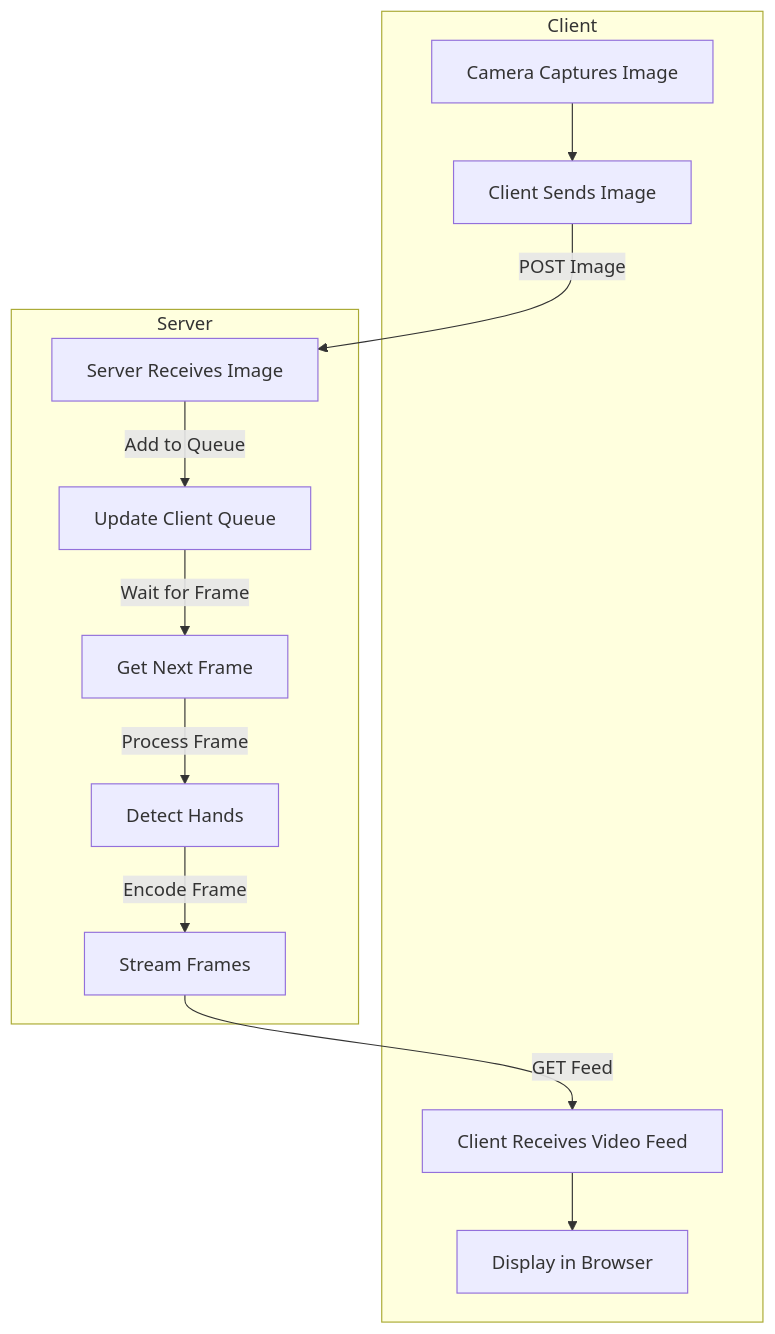
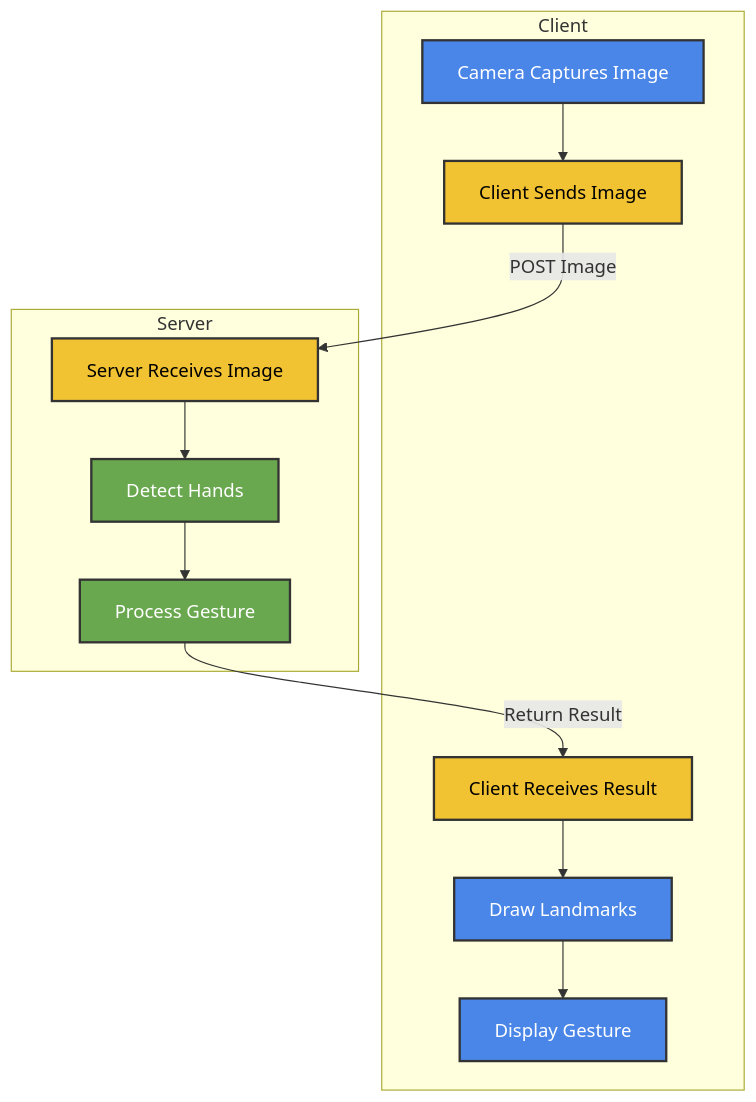
Before and after one commit to Gohei/hand-gesture-detection: the diagram in README.md, drawn with Mermaid. The commit also changed other lines of this file and 6 other files, not shown here.

First line of the commit message:
Refactor: Simplify hand gesture detection architecture

````diff
--- a/README.md
+++ b/README.md
@@ -8,22 +17,39 @@
 ```mermaid
 graph TD
     subgraph Client
-        C[Camera Captures Image] --> A[Client Sends Image]
-        G[Client Receives Video Feed] --> H[Display in Browser]
+        A[Camera Captures Image] --> B[Client Sends Image]
+        F[Client Receives Result] --> G[Draw Landmarks]
+        G --> H[Display Gesture]
     end
 
     subgraph Server
-        B[Server Receives Image]
-        C1[Update Client Queue]
-        D[Get Next Frame]
-        E[Detect Hands]
-        F[Stream Frames]
+        C[Server Receives Image]
+        D[Detect Hands]
+        E[Process Gesture]
     end
 
-    A -->|POST Image| B
-    B -->|Add to Queue| C1
-    C1 -->|Wait for Frame| D
-    D -->|Process Frame| E
-    E -->|Encode Frame| F
-    F -->|GET Feed| G
+    B -->|POST Image| C
+    C --> D
+    D --> E
+    E -->|Return Result| F
+
+    %% Color Scheme:
+    %% Blue (#4a86e8): Client-side operations
+    %% Green (#6aa84f): Server-side operations
+    %% Yellow (#f1c232): Data transfer between client and server
+
+    style A fill:#4a86e8,stroke:#333,stroke-width:2px,color:#ffffff
+    style B fill:#f1c232,stroke:#333,stroke-width:2px,color:#000000
+    style C fill:#f1c232,stroke:#333,stroke-width:2px,color:#000000
+    style D fill:#6aa84f,stroke:#333,stroke-width:2px,color:#ffffff
+    style E fill:#6aa84f,stroke:#333,stroke-width:2px,color:#ffffff
+    style F fill:#f1c232,stroke:#333,stroke-width:2px,color:#000000
+    style G fill:#4a86e8,stroke:#333,stroke-width:2px,color:#ffffff
+    style H fill:#4a86e8,stroke:#333,stroke-width:2px,color:#ffffff
+
+    classDef default fill:#f9f9f9,stroke:#333,stroke-width:1px;
+    classDef clientGroup fill:#cfe2f3,stroke:#999,stroke-width:2px;
+    classDef serverGroup fill:#d9ead3,stroke:#999,stroke-width:2px;
+    class A,B,F,G,H clientGroup;
+    class C,D,E serverGroup;
 ```
````
